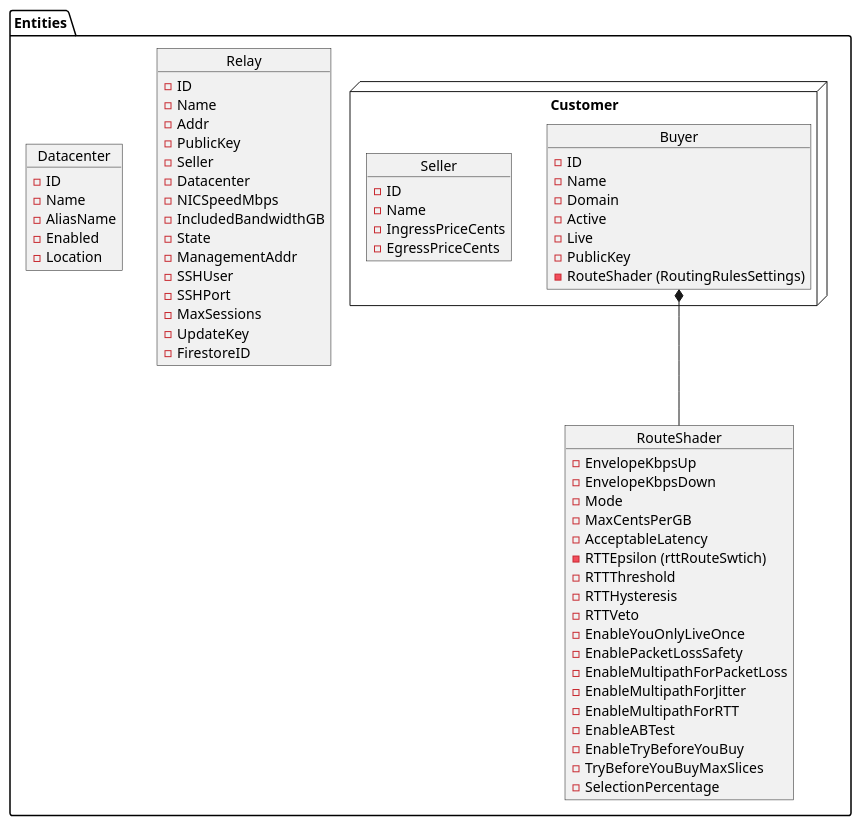
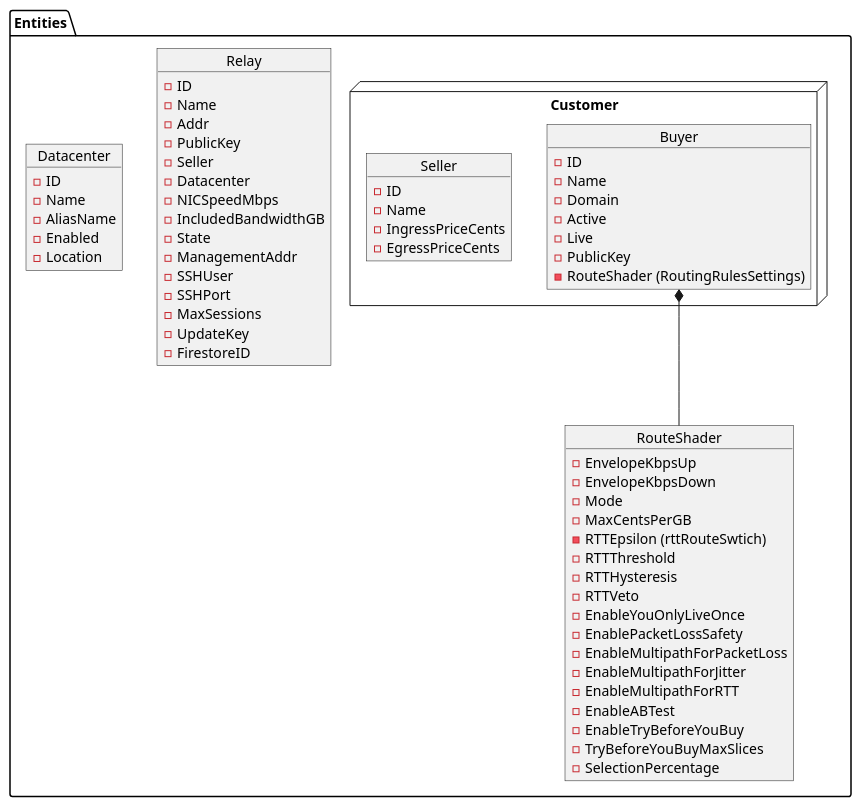
The diagram in .diagrams/storage_entities.plantuml (networknext/next), drawn with PlantUML before and after one commit. The commit also changed 2 other files, not shown here.

Commit message:
Remove AcceptableLatency, not used in old or new backend

```diff
--- a/.diagrams/storage_entities.plantuml
+++ b/.diagrams/storage_entities.plantuml
@@ -1,69 +1,68 @@
 @startuml Entities
 package Entities {
     node Customer {
         object Buyer
         object Seller
     }
 
     object Relay
     object Datacenter
     object RouteShader
 }
 
 
 Buyer *-- RouteShader
 
 Buyer : - ID
 Buyer : - Name
 Buyer : - Domain
 Buyer : - Active
 Buyer : - Live
 Buyer : - PublicKey
 Buyer : - RouteShader (RoutingRulesSettings)
 
 Seller : - ID
 Seller : - Name
 Seller : - IngressPriceCents
 Seller : - EgressPriceCents
 
 Relay : - ID
 Relay : - Name
 Relay : - Addr
 Relay : - PublicKey
 Relay : - Seller
 Relay : - Datacenter
 Relay : - NICSpeedMbps
 Relay : - IncludedBandwidthGB
 Relay : - State
 Relay : - ManagementAddr
 Relay : - SSHUser
 Relay : - SSHPort
 Relay : - MaxSessions
 Relay : - UpdateKey
 Relay : - FirestoreID
 
 Datacenter : - ID
 Datacenter : - Name
 Datacenter : - AliasName
 Datacenter : - Enabled
 Datacenter : - Location
 
 RouteShader : - EnvelopeKbpsUp
 RouteShader : - EnvelopeKbpsDown
 RouteShader : - Mode
 RouteShader : - MaxCentsPerGB
-RouteShader : - AcceptableLatency
 RouteShader : - RTTEpsilon (rttRouteSwtich)
 RouteShader : - RTTThreshold
 RouteShader : - RTTHysteresis
 RouteShader : - RTTVeto
 RouteShader : - EnableYouOnlyLiveOnce
 RouteShader : - EnablePacketLossSafety
 RouteShader : - EnableMultipathForPacketLoss
 RouteShader : - EnableMultipathForJitter
 RouteShader : - EnableMultipathForRTT
 RouteShader : - EnableABTest
 RouteShader : - EnableTryBeforeYouBuy
 RouteShader : - TryBeforeYouBuyMaxSlices
 RouteShader : - SelectionPercentage
 @enduml
```
